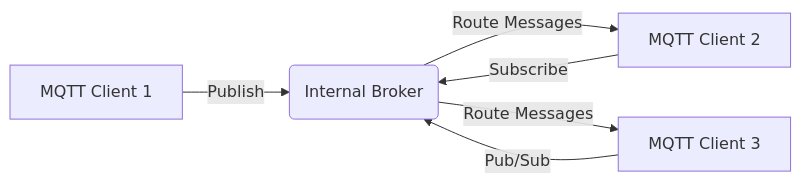
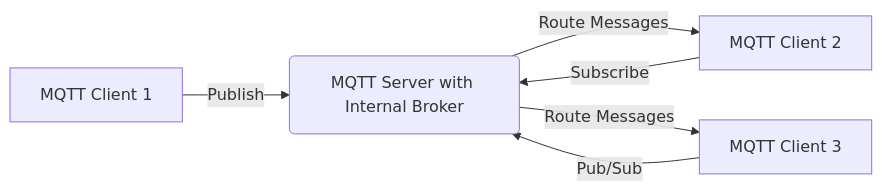
The diagram in README.md (gianghiem2288/MQTTServer_Example), drawn with Mermaid before and after one commit.

````diff
--- a/README.md
+++ b/README.md
@@ -35,8 +35,8 @@
 ```mermaid
 graph LR
-    A[MQTT Client 1] -->|Publish| B(Internal Broker)
+    A[MQTT Client 1] -->|Publish| B(MQTT Server with Internal Broker)
     C[MQTT Client 2] -->|Subscribe| B
     D[MQTT Client 3] -->|Pub/Sub| B
     B -->|Route Messages| C
     B -->|Route Messages| D
 ```
````
